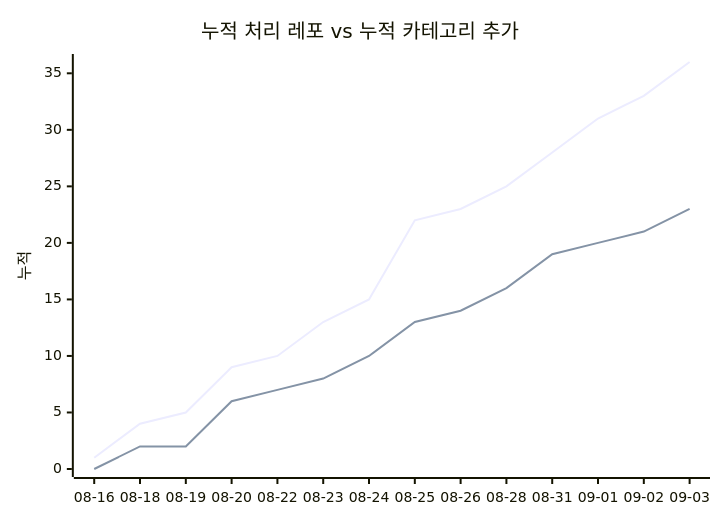
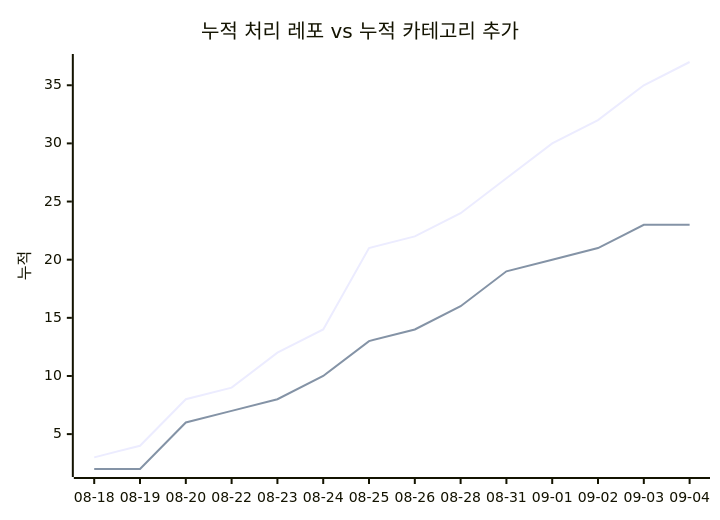
Before and after one commit to J-nowcow/awesome-korean-agent-skills: the second of 2 diagrams in docs/trends.md, drawn with Mermaid. The commit also changed other lines of this file and 2 other files, not shown here.

````diff
--- a/docs/trends.md
+++ b/docs/trends.md
@@ -68,8 +68,8 @@
 ```mermaid
 xychart-beta
     title "누적 처리 레포 vs 누적 카테고리 추가"
-    x-axis ["08-16","08-18","08-19","08-20","08-22","08-23","08-24","08-25","08-26","08-28","08-31","09-01","09-02","09-03"]
+    x-axis ["08-18","08-19","08-20","08-22","08-23","08-24","08-25","08-26","08-28","08-31","09-01","09-02","09-03","09-04"]
     y-axis "누적"
-    line [1,4,5,9,10,13,15,22,23,25,28,31,33,36]
-    line [0,2,2,6,7,8,10,13,14,16,19,20,21,23]
+    line [3,4,8,9,12,14,21,22,24,27,30,32,35,37]
+    line [2,2,6,7,8,10,13,14,16,19,20,21,23,23]
 ```
````
